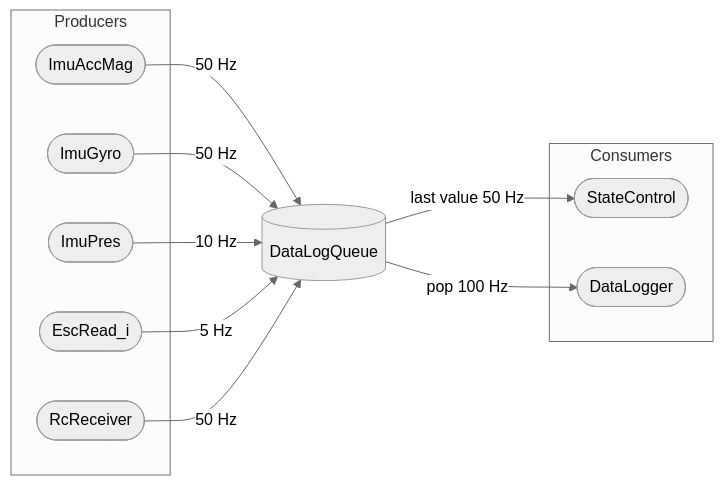
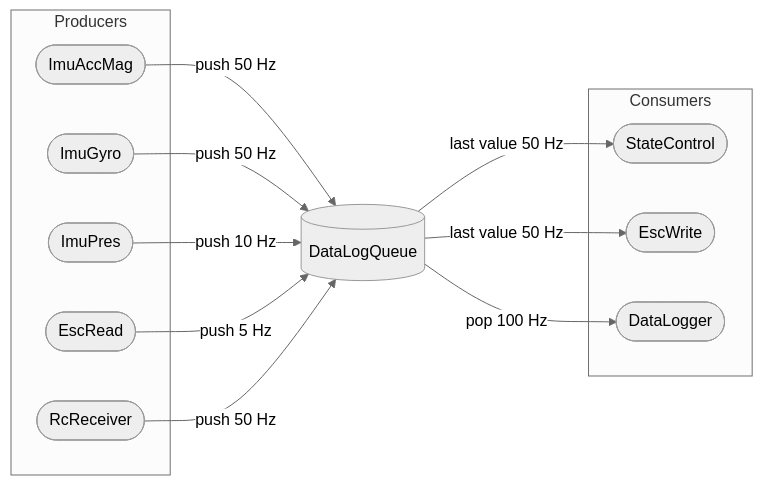
Before and after one commit to real-tintin/ugglan: the first of 2 diagrams in doc/source/drone.rst, drawn with Mermaid (neutral theme). The commit also changed other lines of this file and 1 other file, not shown here.

Commit message:
Update doc regarding external devices and busses.

```diff
--- a/doc/source/drone.rst
+++ b/doc/source/drone.rst
@@ -21,37 +21,40 @@
 .. mermaid::
     :caption: Overview of the drone software design. Tasks are stadium-shaped nodes.
 
     graph LR
         ImuAccMag([ImuAccMag])
         ImuGyro([ImuGyro])
         ImuPres([ImuPres])
 
-        EscRead_i([EscRead_i])
+        EscRead([EscRead])
         RcReceiver([RcReceiver])
 
         DataLogQueue[(DataLogQueue)]
 
         StateControl([StateControl])
+        EscWrite([EscWrite])
         DataLogger([DataLogger])
 
-        ImuAccMag -- 50 Hz --> DataLogQueue
-        ImuGyro -- 50 Hz --> DataLogQueue
-        ImuPres -- 10 Hz --> DataLogQueue
-        EscRead_i -- 5 Hz --> DataLogQueue
-        RcReceiver -- 50 Hz --> DataLogQueue
+        ImuAccMag -- push 50 Hz --> DataLogQueue
+        ImuGyro -- push 50 Hz --> DataLogQueue
+        ImuPres -- push 10 Hz --> DataLogQueue
+        EscRead -- push 5 Hz --> DataLogQueue
+        RcReceiver -- push 50 Hz --> DataLogQueue
 
-        DataLogQueue -- last value 50 Hz--> StateControl
+        DataLogQueue -- last value 50 Hz --> StateControl
+        DataLogQueue -- last value 50 Hz --> EscWrite
         DataLogQueue -- pop 100 Hz --> DataLogger
 
         subgraph Producers
         ImuAccMag
         ImuGyro
         ImuPres
-        EscRead_i
+        EscRead
         RcReceiver
         end
 
         subgraph Consumers
         StateControl
+        EscWrite
         DataLogger
         end
```
